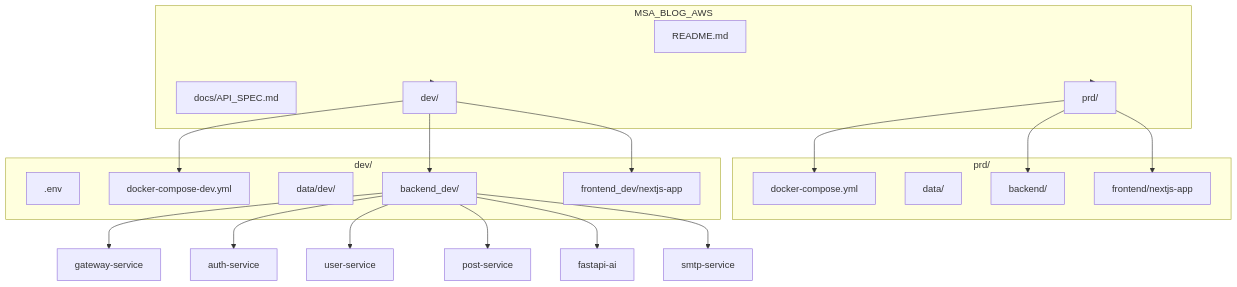
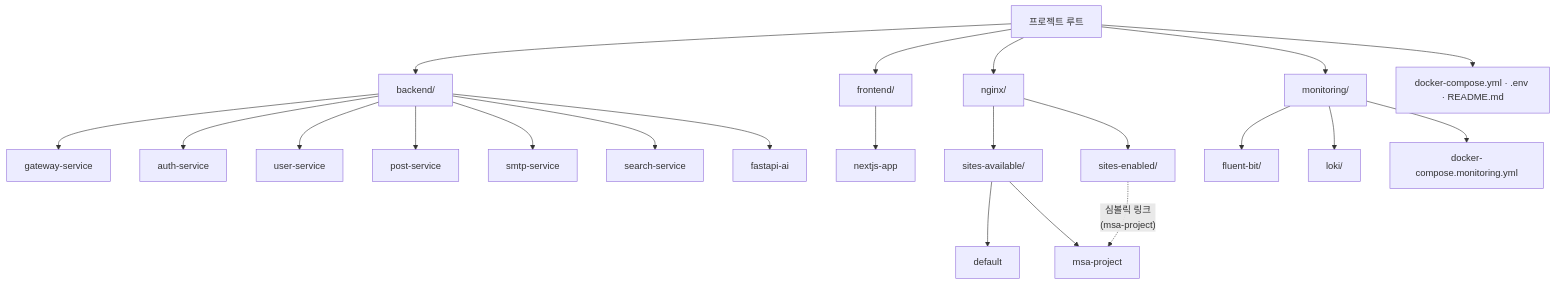
One commit to MinKyeom/MSA_Project changed the second of 3 diagrams in README.md. Above: the diagram before and after it, drawn with Mermaid. The commit also changed other lines of this file and 1 other file, not shown here.

Commit message:
Update Readme.md and API Spec

````diff
--- a/README.md
+++ b/README.md
@@ -188,36 +120,30 @@
 ```mermaid
-graph TD
-    subgraph Root["MSA_BLOG_AWS"]
-        README[README.md]
-        DOCS[docs/API_SPEC.md]
-        PRD[prd/]
-        DEV[dev/]
-    end
-    subgraph PRD_Contents["prd/"]
-        P_DC[docker-compose.yml]
-        P_DATA[data/]
-        P_BE[backend/]
-        P_FE[frontend/nextjs-app]
-    end
-    subgraph DEV_Contents["dev/"]
-        D_ENV[.env]
-        D_DC[docker-compose-dev.yml]
-        D_DATA[data/dev/]
-        D_BE[backend_dev/]
-        D_FE[frontend_dev/nextjs-app]
-    end
-    Root --> PRD
-    Root --> DEV
-    PRD --> P_DC
-    PRD --> P_BE
-    PRD --> P_FE
-    DEV --> D_DC
-    DEV --> D_BE
-    DEV --> D_FE
-    D_BE --> GW[gateway-service]
-    D_BE --> A[auth-service]
-    D_BE --> U[user-service]
-    D_BE --> PO[post-service]
-    D_BE --> AI[fastapi-ai]
-    D_BE --> SM[smtp-service]
+flowchart TB
+    ROOT["프로젝트 루트"]
+
+    ROOT --> BACK["backend/"]
+    ROOT --> FRONT["frontend/"]
+    ROOT --> NGINX["nginx/"]
+    ROOT --> MON["monitoring/"]
+    ROOT --> FILES["docker-compose.yml · .env · README.md"]
+
+    BACK --> GW["gateway-service"]
+    BACK --> AUTH["auth-service"]
+    BACK --> USER["user-service"]
+    BACK --> POST["post-service"]
+    BACK --> SMTP["smtp-service"]
+    BACK --> SEARCH["search-service"]
+    BACK --> FA["fastapi-ai"]
+
+    FRONT --> NEXT["nextjs-app"]
+
+    NGINX --> AVAIL["sites-available/"]
+    NGINX --> ENBL["sites-enabled/"]
+    AVAIL --> DEFAULT["default"]
+    AVAIL --> MSA["msa-project"]
+    ENBL -.->|"심볼릭 링크\n(msa-project)"| MSA
+
+    MON --> FB["fluent-bit/"]
+    MON --> LOKI["loki/"]
+    MON --> DCMON["docker-compose.monitoring.yml"]
 ```
````
